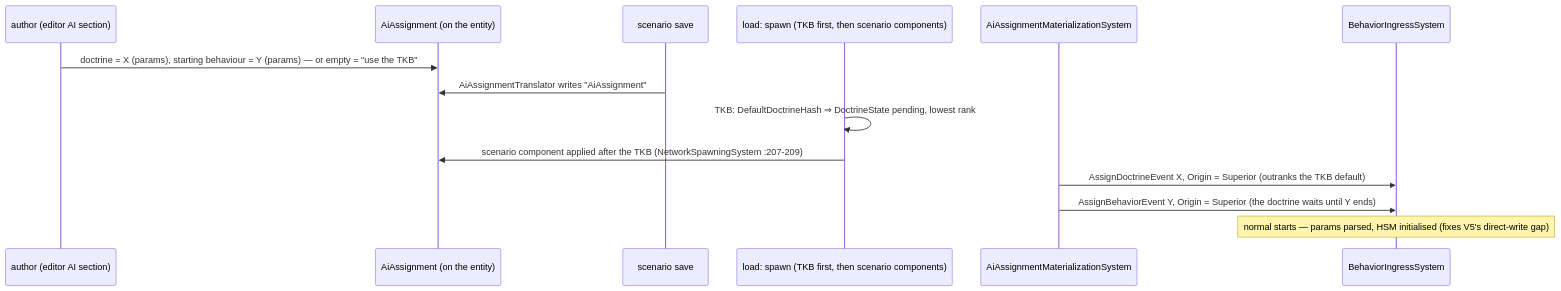
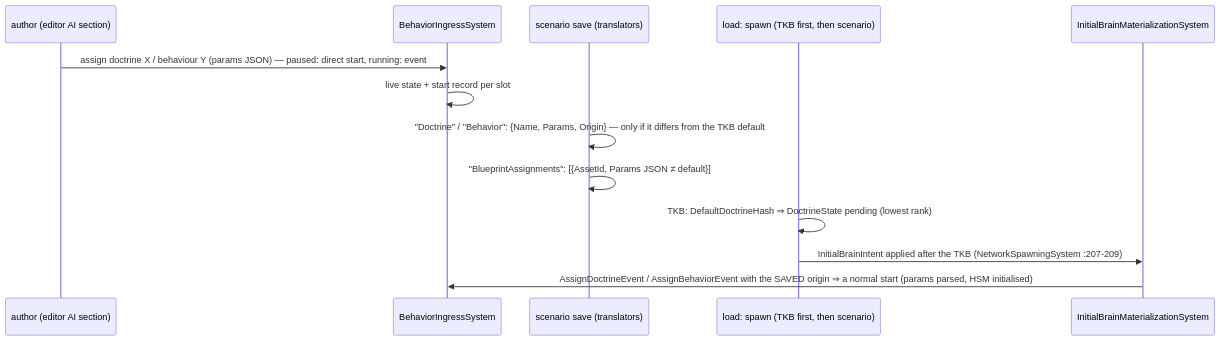
The tenth of 10 diagrams in docs/DESIGN_Sensors_And_Doctrine.md (pjanec/HROT), drawn with Mermaid before and after one commit. The commit also changed other lines of this file and 2 other files, not shown here.

First line of the commit message:
R-192 snapshot concept for scenario AI (supersedes R-190 AiAssignment), design 7.5 rewritten + section 10 open decisions; bug CE-3045 sensor children saved into scenarios

````diff
--- a/docs/DESIGN_Sensors_And_Doctrine.md
+++ b/docs/DESIGN_Sensors_And_Doctrine.md
@@ -431,16 +427,15 @@
 ```mermaid
 sequenceDiagram
   participant U as author (editor AI section)
-  participant A as AiAssignment (on the entity)
-  participant S as scenario save
-  participant L as load: spawn (TKB first, then scenario components)
-  participant M as AiAssignmentMaterializationSystem
   participant I as BehaviorIngressSystem
-  U->>A: doctrine = X (params), starting behaviour = Y (params) — or empty = "use the TKB"
-  S->>A: AiAssignmentTranslator writes "AiAssignment"
-  L->>L: TKB: DefaultDoctrineHash ⇒ DoctrineState pending, lowest rank
-  L->>A: scenario component applied after the TKB (NetworkSpawningSystem :207-209)
-  M->>I: AssignDoctrineEvent X, Origin = Superior (outranks the TKB default)
-  M->>I: AssignBehaviorEvent Y, Origin = Superior (the doctrine waits until Y ends)
-  Note over I: normal starts — params parsed, HSM initialised (fixes V5's direct-write gap)
+  participant S as scenario save (translators)
+  participant L as load: spawn (TKB first, then scenario)
+  participant M as InitialBrainMaterializationSystem
+  U->>I: assign doctrine X / behaviour Y (params JSON) — paused: direct start, running: event
+  I->>I: live state + start record per slot
+  S->>S: "Doctrine" / "Behavior": {Name, Params, Origin} — only if it differs from the TKB default
+  S->>S: "BlueprintAssignments": [{AssetId, Params JSON ≠ default}]
+  L->>L: TKB: DefaultDoctrineHash ⇒ DoctrineState pending (lowest rank)
+  L->>M: InitialBrainIntent applied after the TKB (NetworkSpawningSystem :207-209)
+  M->>I: AssignDoctrineEvent / AssignBehaviorEvent with the SAVED origin ⇒ a normal start (params parsed, HSM initialised)
 ```
````
